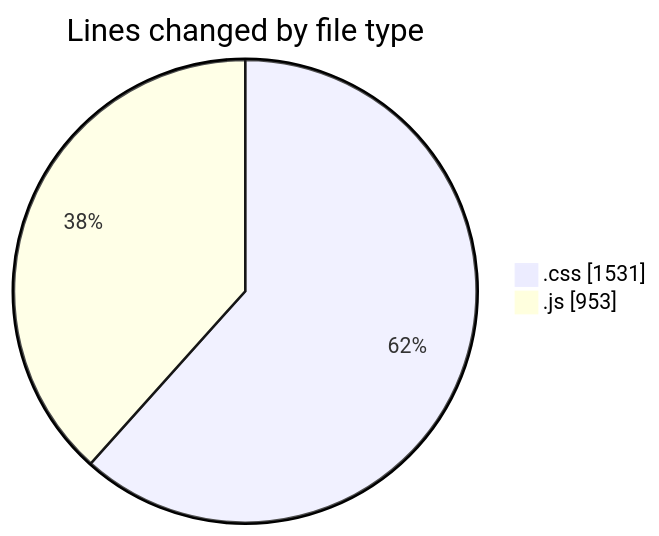
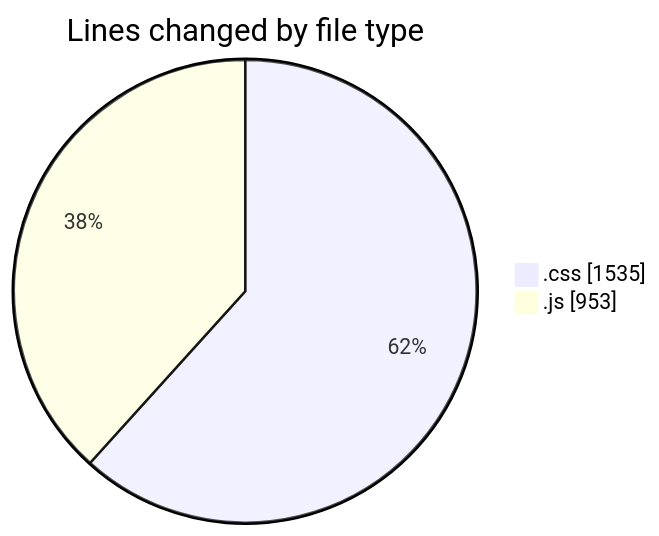
One commit to tmsrecording-cyber/code-tracking changed the first of 2 diagrams in 2026-04-23/darkwire/README.md. Above: the diagram before and after it, drawn with Mermaid. The commit also changed other lines of this file and 1 other file, not shown here.

````diff
--- a/2026-04-23/darkwire/README.md
+++ b/2026-04-23/darkwire/README.md
@@ -23,6 +23,6 @@
 ```mermaid
 pie showData
 title Lines changed by file type
-".css" : 1531
+".css" : 1535
 ".js" : 953
 ```
````
